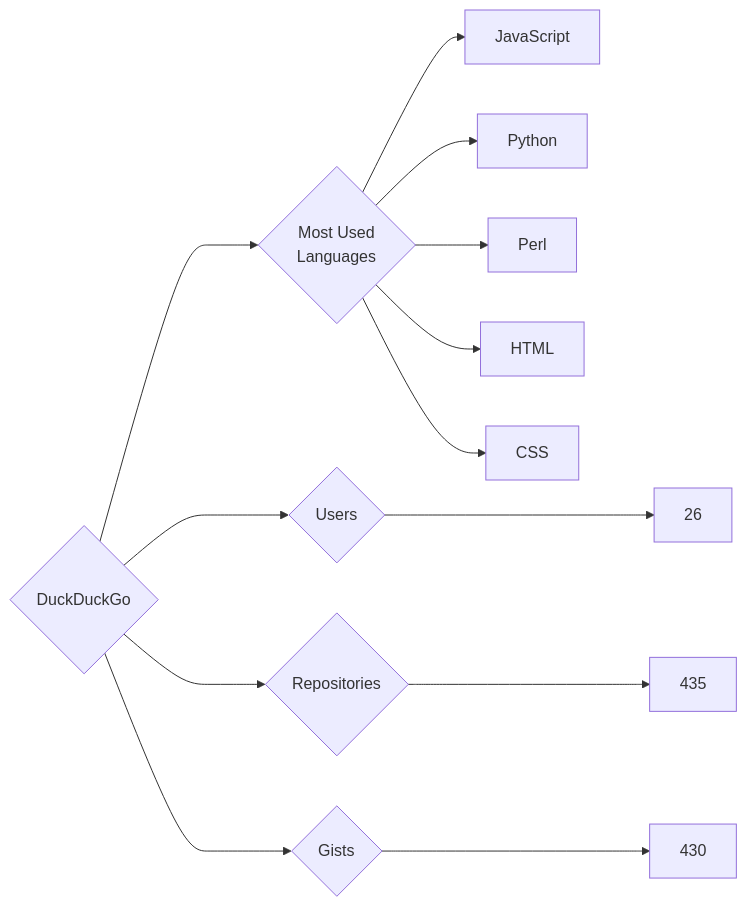
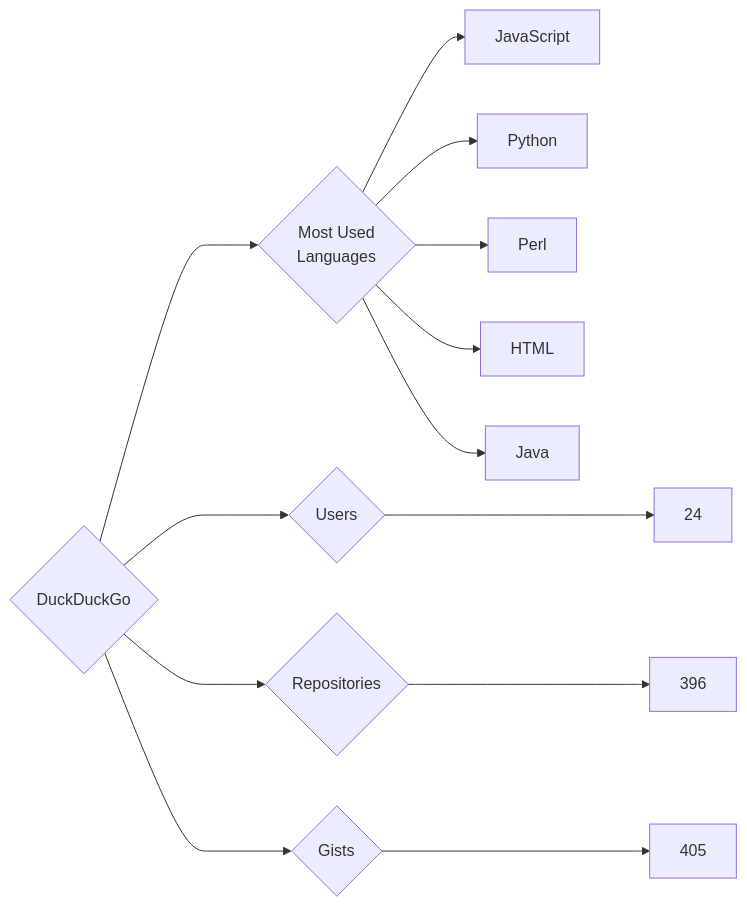
Before and after one commit to trickest/insiders: the diagram in targets/DuckDuckGo/README.md, drawn with Mermaid. The commit also changed 872 other files, not shown here.

````diff
--- a/targets/DuckDuckGo/README.md
+++ b/targets/DuckDuckGo/README.md
@@ -3,13 +3,13 @@
 ```mermaid
 graph LR
 COMPANY_NAME{DuckDuckGo}
-COMPANY_NAME ---> U{Users} ---> UN[26]
-COMPANY_NAME ---> R{Repositories} ---> RN[435]
-COMPANY_NAME ---> G{Gists} ---> GN[430]
+COMPANY_NAME ---> U{Users} ---> UN[24]
+COMPANY_NAME ---> R{Repositories} ---> RN[396]
+COMPANY_NAME ---> G{Gists} ---> GN[405]
 COMPANY_NAME ---> ML{Most Used<br>Languages}
 ML --> JavaScript[JavaScript]
 ML --> Python[Python]
 ML --> Perl[Perl]
 ML --> HTML[HTML]
-ML --> CSS[CSS]
+ML --> Java[Java]
 ```
````
